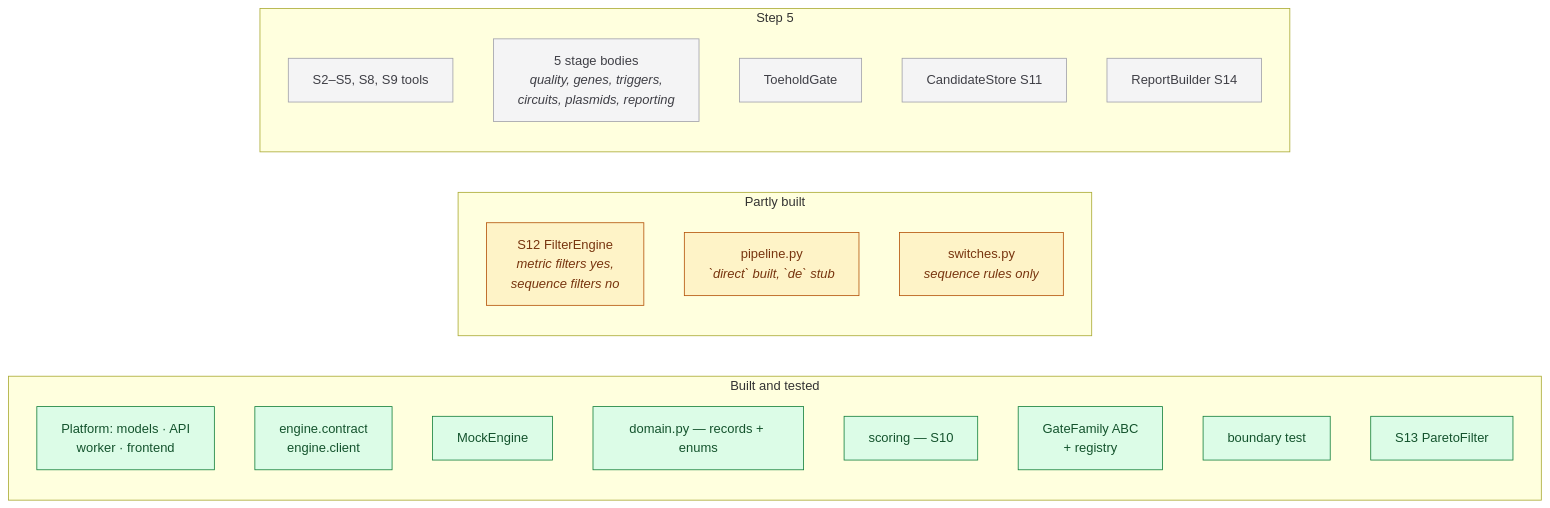
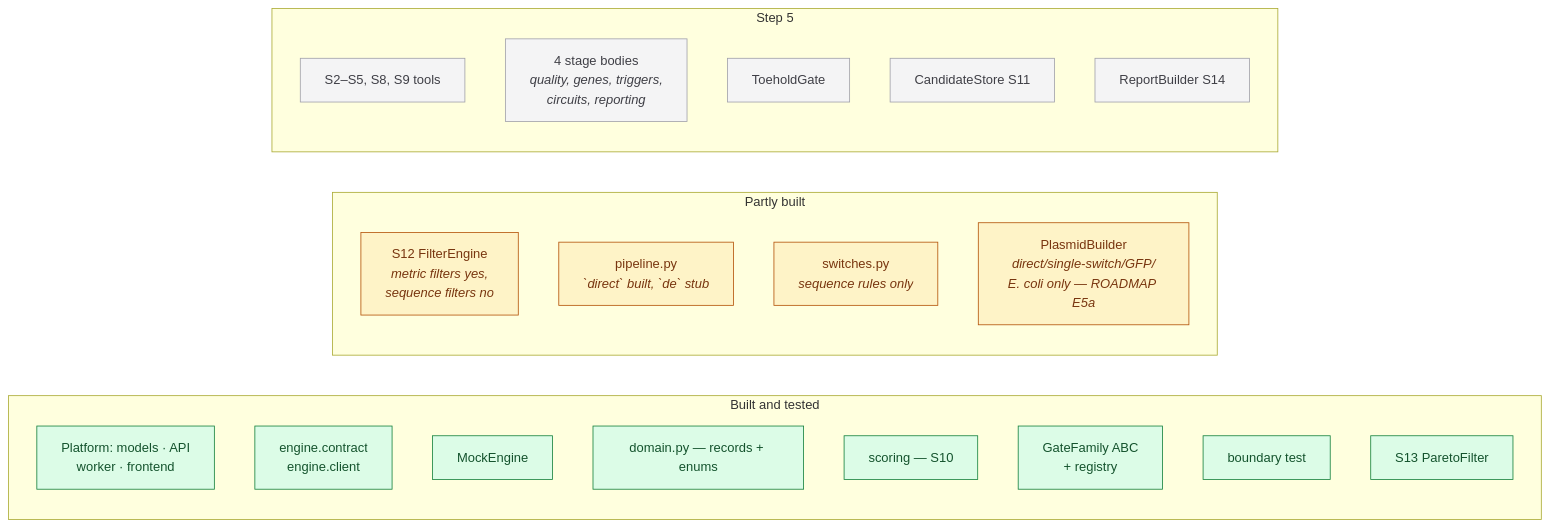
The sixth of 6 diagrams in docs/engine.md (zivbental/cernal_software), drawn with Mermaid before and after one commit. The commit also changed other lines of this file and 14 other files, not shown here.

````diff
--- a/docs/engine.md
+++ b/docs/engine.md
@@ -1112,34 +1112,35 @@
 ```mermaid
 flowchart LR
     subgraph done["Built and tested"]
         D1["Platform: models · API<br/>worker · frontend"]
         D2["engine.contract<br/>engine.client"]
         D3["MockEngine"]
         D4["domain.py — records + enums"]
         D5["scoring — S10"]
         D6["GateFamily ABC<br/>+ registry"]
         D7["boundary test"]
         D8["S13 ParetoFilter"]
     end
 
     subgraph partial["Partly built"]
         P1["S12 FilterEngine<br/><i>metric filters yes,<br/>sequence filters no</i>"]
         P2["pipeline.py<br/><i>`direct` built, `de` stub</i>"]
         P3["switches.py<br/><i>sequence rules only</i>"]
+        P4["PlasmidBuilder<br/><i>direct/single-switch/GFP/<br/>E. coli only — ROADMAP E5a</i>"]
     end
 
     subgraph todo["Step 5"]
         T1["S2–S5, S8, S9 tools"]
-        T2["5 stage bodies<br/><i>quality, genes, triggers,<br/>circuits, plasmids, reporting</i>"]
+        T2["4 stage bodies<br/><i>quality, genes, triggers,<br/>circuits, reporting</i>"]
         T3["ToeholdGate"]
         T4["CandidateStore S11"]
         T5["ReportBuilder S14"]
     end
 
     classDef built fill:#dcfce7,stroke:#15803d,color:#14532d
     classDef part fill:#fef3c7,stroke:#b45309,color:#78350f
     classDef todo2 fill:#f4f4f5,stroke:#a1a1aa,color:#3f3f46
     class D1,D2,D3,D4,D5,D6,D7,D8 built
-    class P1,P2,P3 part
+    class P1,P2,P3,P4 part
     class T1,T2,T3,T4,T5 todo2
 ```
````
